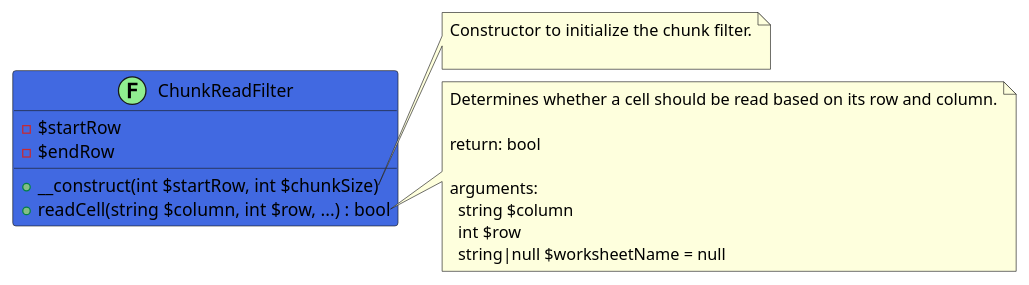
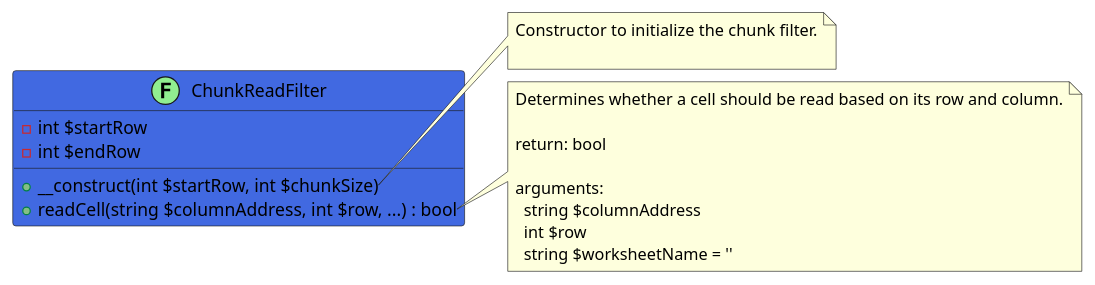
Before and after one commit to joomengine/super-powers: the diagram in src/9ae018a5-9064-40ed-ad69-9c1ed2a459f5/README.md, drawn with PlantUML. The commit also changed other lines of this file and 6 other files, not shown here.

````diff
--- a/src/9ae018a5-9064-40ed-ad69-9c1ed2a459f5/README.md
+++ b/src/9ae018a5-9064-40ed-ad69-9c1ed2a459f5/README.md
@@ -13,27 +12,27 @@
 ```uml
 @startuml
 class ChunkReadFilter << (F,LightGreen) >> #RoyalBlue {
-  - $startRow
-  - $endRow
+  - int $startRow
+  - int $endRow
   + __construct(int $startRow, int $chunkSize)
-  + readCell(string $column, int $row, ...) : bool
+  + readCell(string $columnAddress, int $row, ...) : bool
 }
 
 note right of ChunkReadFilter::__construct
   Constructor to initialize the chunk filter.
 
 end note
 
 note right of ChunkReadFilter::readCell
   Determines whether a cell should be read based on its row and column.
 
   return: bool
   
   arguments:
-    string $column
+    string $columnAddress
     int $row
-    string|null $worksheetName = null
+    string $worksheetName = ''
 end note
  
 @enduml
 ```
````
